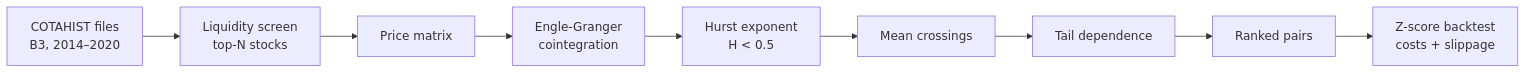
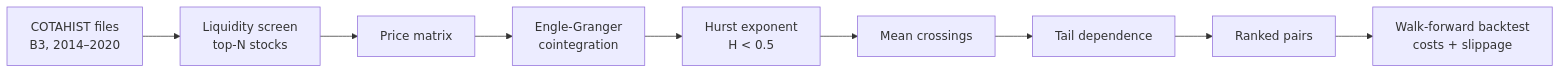
Before and after one commit to fujimoto01/pair-trading: the diagram in README.md, drawn with Mermaid. The commit also changed other lines of this file and 15 other files, not shown here.

First line of the commit message:
Walk-forward backtest and redesigned project page

````diff
--- a/README.md
+++ b/README.md
@@ -22,11 +22,11 @@
 ```mermaid
 flowchart LR
     A[COTAHIST files<br>B3, 2014–2020] --> B[Liquidity screen<br>top-N stocks]
     B --> C[Price matrix]
     C --> D[Engle-Granger<br>cointegration]
     D --> E[Hurst exponent<br>H &lt; 0.5]
     E --> F[Mean crossings]
     F --> G[Tail dependence]
     G --> H[Ranked pairs]
-    H --> I[Z-score backtest<br>costs + slippage]
+    H --> I[Walk-forward backtest<br>costs + slippage]
 ```
````
